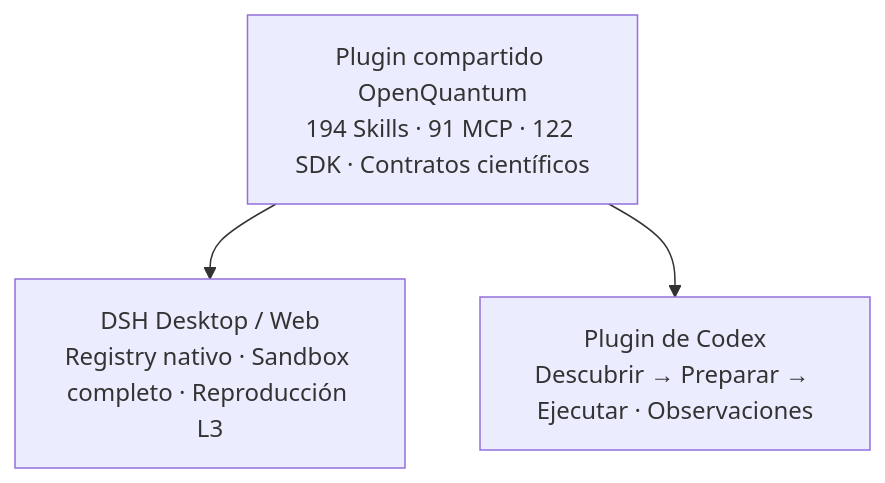
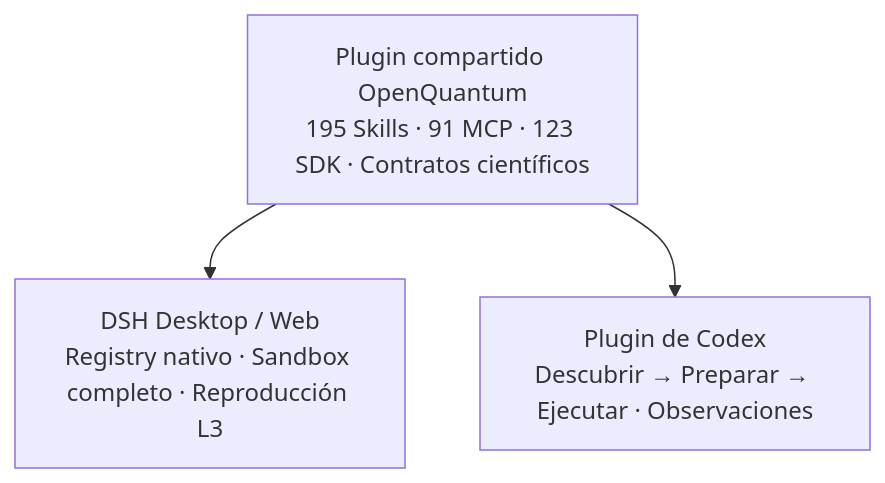
The diagram in docs/readme/README.es.md (xi-zhao/OpenQuantum), drawn with Mermaid before and after one commit. The commit also changed other lines of this file and 23 other files, not shown here.

````diff
--- a/docs/readme/README.es.md
+++ b/docs/readme/README.es.md
@@ -201,6 +202,6 @@
 ```mermaid
 flowchart TB
-  Shared["Plugin compartido OpenQuantum<br/>194 Skills · 91 MCP · 122 SDK · Contratos científicos"]
+  Shared["Plugin compartido OpenQuantum<br/>195 Skills · 91 MCP · 123 SDK · Contratos científicos"]
   Shared --> DSH["DSH Desktop / Web<br/>Registry nativo · Sandbox completo · Reproducción L3"]
   Shared --> CDX["Plugin de Codex<br/>Descubrir → Preparar → Ejecutar · Observaciones"]
 ```
````
